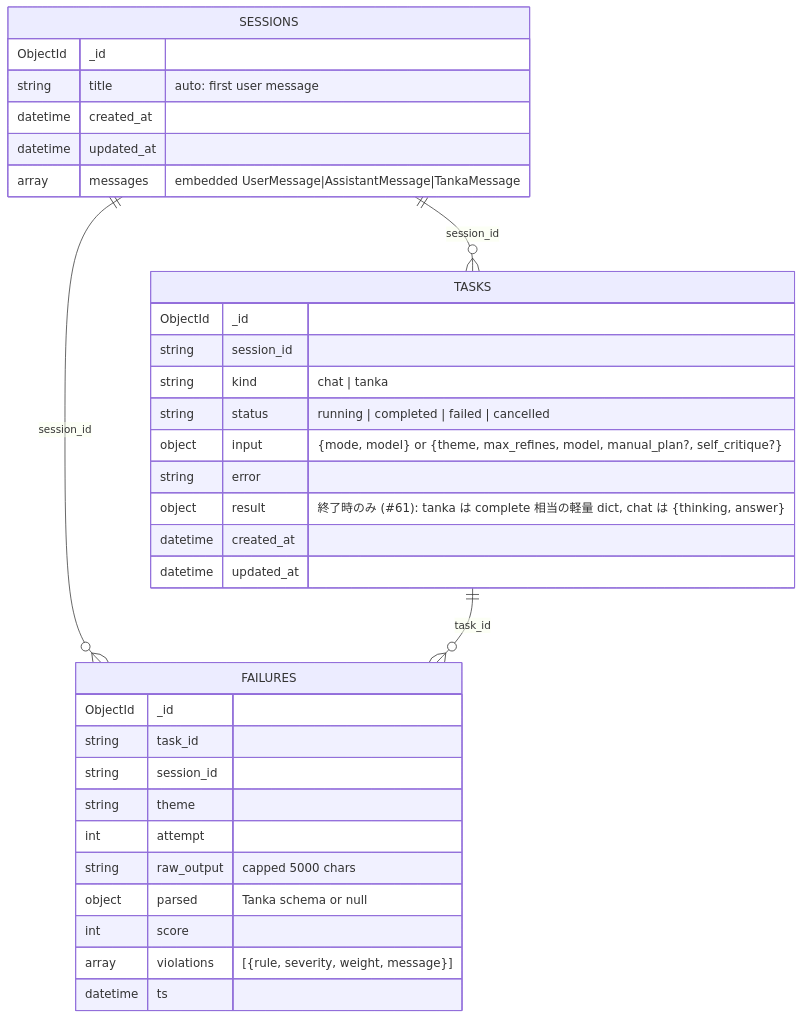
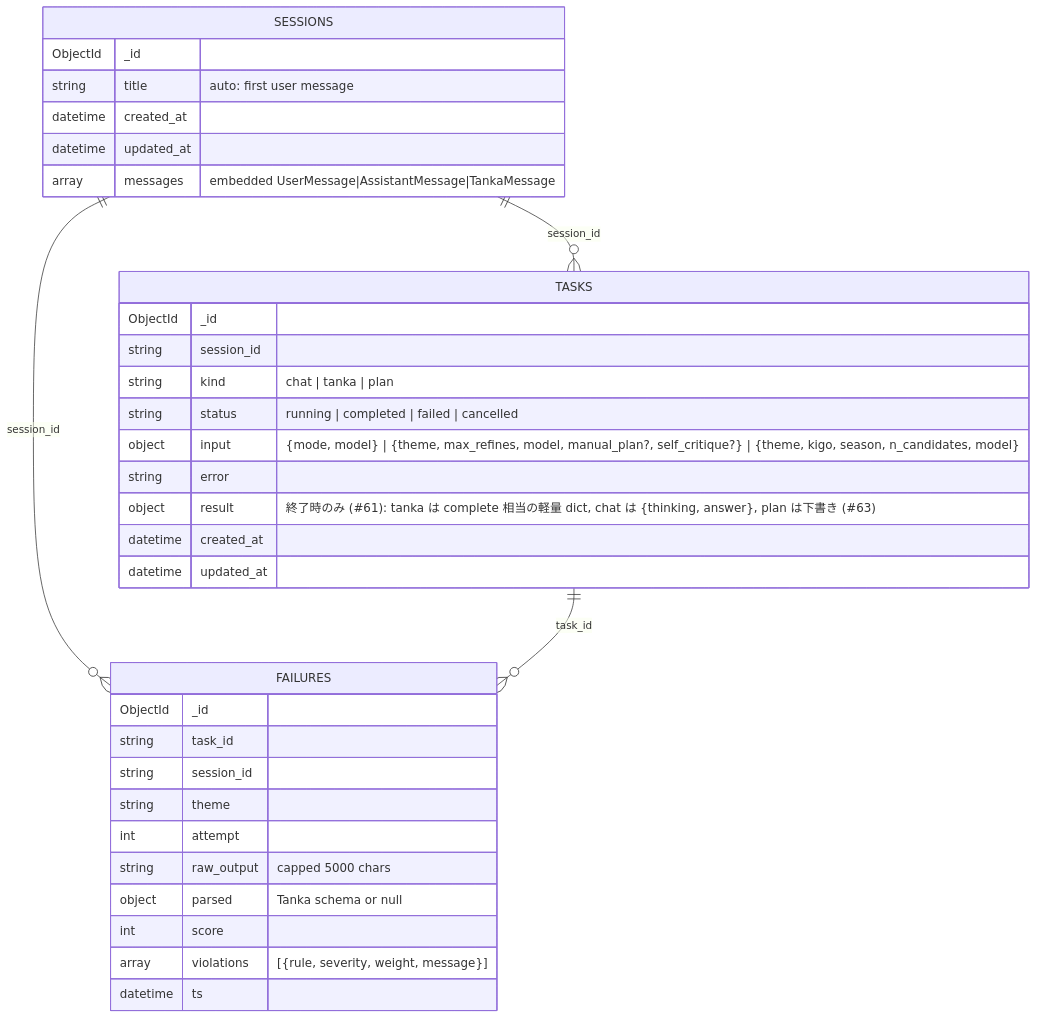
Before and after one commit to nrm176/tanka-llm-jp: the fourth of 4 diagrams in app/docs/architecture.md, drawn with Mermaid. The commit also changed other lines of this file and 7 other files, not shown here.

First line of the commit message:
feat: 構想の下書き API — POST /api/plan で情景候補・心情・背景を LLM に出させ、人がレビューして manual_plan に渡す (#63 Phase 1) (#64)

````diff
--- a/app/docs/architecture.md
+++ b/app/docs/architecture.md
@@ -295,37 +295,37 @@
 ```mermaid
 erDiagram
     SESSIONS {
         ObjectId _id
         string   title          "auto: first user message"
         datetime created_at
         datetime updated_at
         array    messages       "embedded UserMessage|AssistantMessage|TankaMessage"
     }
     TASKS {
         ObjectId _id
         string   session_id
-        string   kind            "chat | tanka"
+        string   kind            "chat | tanka | plan"
         string   status          "running | completed | failed | cancelled"
-        object   input           "{mode, model} or {theme, max_refines, model, manual_plan?, self_critique?}"
+        object   input           "{mode, model} | {theme, max_refines, model, manual_plan?, self_critique?} | {theme, kigo, season, n_candidates, model}"
         string   error
-        object   result          "終了時のみ (#61): tanka は complete 相当の軽量 dict, chat は {thinking, answer}"
+        object   result          "終了時のみ (#61): tanka は complete 相当の軽量 dict, chat は {thinking, answer}, plan は下書き (#63)"
         datetime created_at
         datetime updated_at
     }
     FAILURES {
         ObjectId _id
         string   task_id
         string   session_id
         string   theme
         int      attempt
         string   raw_output      "capped 5000 chars"
         object   parsed          "Tanka schema or null"
         int      score
         array    violations      "[{rule, severity, weight, message}]"
         datetime ts
     }
 
     SESSIONS ||--o{ TASKS    : "session_id"
     SESSIONS ||--o{ FAILURES : "session_id"
     TASKS    ||--o{ FAILURES : "task_id"
 ```
````
